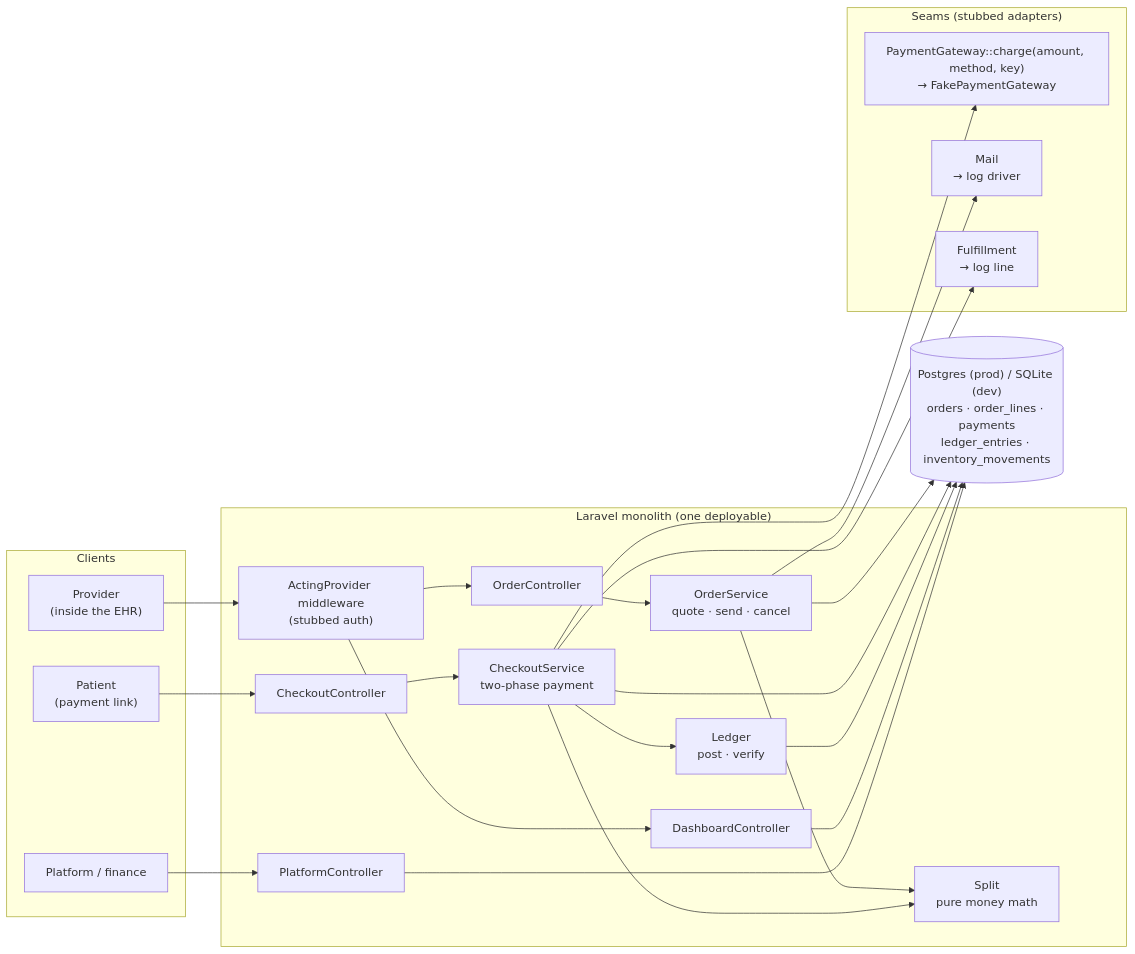
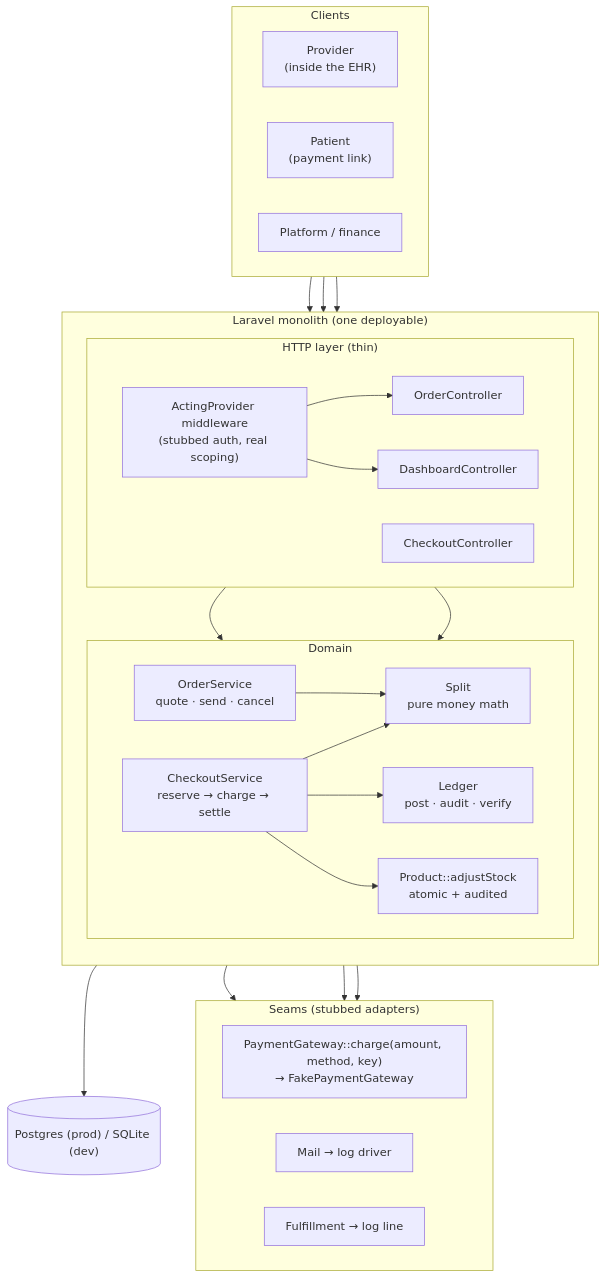
One commit to hisefath/cerbo-supplement-store changed the diagram in docs/diagrams/architecture.mmd. Above: the diagram before and after it, drawn with Mermaid. The commit also changed 5 other files, not shown here.

First line of the commit message:
README, demo video script; fix Mermaid parse error and simplify architecture diagram

```diff
--- a/docs/diagrams/architecture.mmd
+++ b/docs/diagrams/architecture.mmd
@@ -1,45 +1,51 @@
-flowchart LR
+flowchart TB
   subgraph Clients
+    direction LR
     PB["Provider<br/>(inside the EHR)"]
     PT["Patient<br/>(payment link)"]
     OPS["Platform / finance"]
   end
 
   subgraph App["Laravel monolith (one deployable)"]
-    MW["ActingProvider middleware<br/>(stubbed auth)"]
-    OC["OrderController"]
-    DC["DashboardController"]
-    CC["CheckoutController"]
-    PC["PlatformController"]
-    OS["OrderService<br/>quote · send · cancel"]
-    CS["CheckoutService<br/>two-phase payment"]
-    SP["Split<br/>pure money math"]
-    LG["Ledger<br/>post · verify"]
+    direction TB
+    subgraph HTTP["HTTP layer (thin)"]
+      direction LR
+      MW["ActingProvider middleware<br/>(stubbed auth, real scoping)"]
+      OC["OrderController"]
+      DC["DashboardController"]
+      CC["CheckoutController"]
+    end
+    subgraph Domain["Domain"]
+      direction LR
+      OS["OrderService<br/>quote · send · cancel"]
+      CS["CheckoutService<br/>reserve → charge → settle"]
+      SP["Split<br/>pure money math"]
+      LG["Ledger<br/>post · audit · verify"]
+      PR["Product::adjustStock<br/>atomic + audited"]
+    end
   end
 
   subgraph Seams["Seams (stubbed adapters)"]
+    direction LR
     PG["PaymentGateway::charge(amount, method, key)<br/>→ FakePaymentGateway"]
-    ML["Mail<br/>→ log driver"]
-    FF["Fulfillment<br/>→ log line"]
+    ML["Mail → log driver"]
+    FF["Fulfillment → log line"]
   end
 
-  DB[("Postgres (prod) / SQLite (dev)<br/>orders · order_lines · payments<br/>ledger_entries · inventory_movements")]
+  DB[("Postgres (prod) / SQLite (dev)")]
 
   PB --> MW
   MW --> OC
   MW --> DC
   PT --> CC
-  OPS --> PC
+  OPS --> DC
   OC --> OS
+  CC --> CS
   OS --> SP
-  OS --> ML
-  CC --> CS
   CS --> SP
   CS --> LG
+  CS --> PR
+  OS --> ML
   CS --> PG
   CS --> FF
-  OS --> DB
-  CS --> DB
-  LG --> DB
-  DC --> DB
-  PC --> DB
+  Domain --> DB
```
